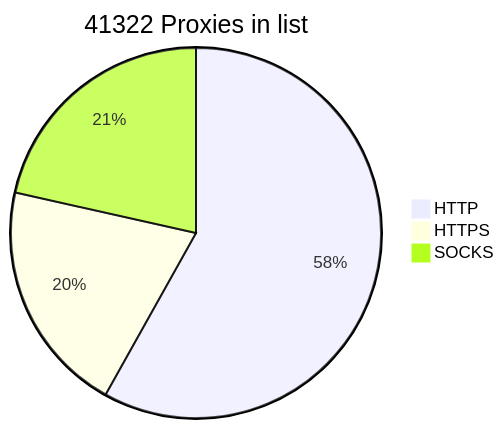
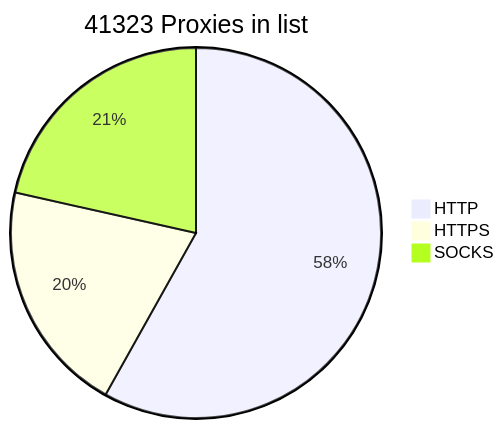
Before and after one commit to BlackSnowDot/proxylist-update-every-minute: the diagram in README.md, drawn with Mermaid.

````diff
--- a/README.md
+++ b/README.md
@@ -2,6 +2,6 @@
 ```mermaid
-pie title 41322 Proxies in list
-    "HTTP" : 27780
-    "HTTPS": 9749
-    "SOCKS" : 10270
+pie title 41323 Proxies in list
+    "HTTP" : 27781
+    "HTTPS": 9751
+    "SOCKS" : 10271
 ```
````
